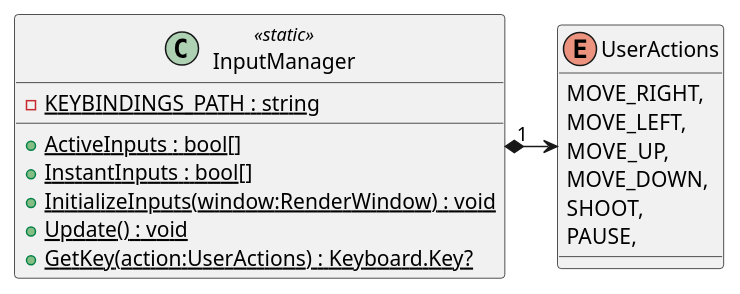
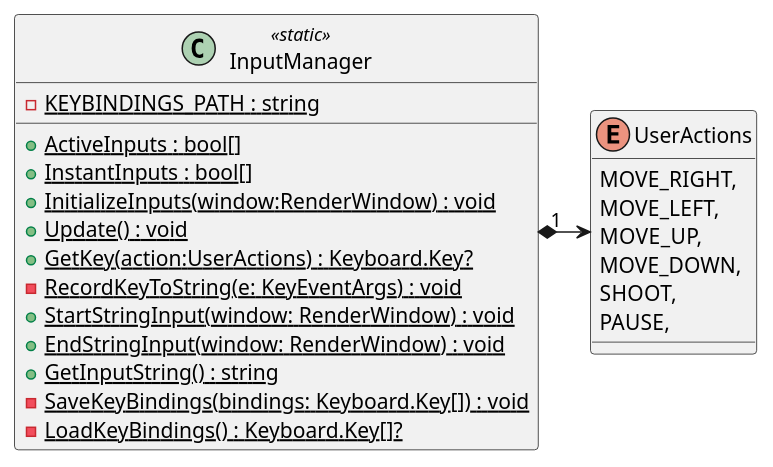
One commit to Ruby1405/PaceInvaders changed the diagram in plantuml/InputManager.puml. Above: the diagram before and after it, drawn with PlantUML. The commit also changed 1 other file, not shown here.

Commit message:
added support for inputing strings from key presses

```diff
--- a/plantuml/InputManager.puml
+++ b/plantuml/InputManager.puml
@@ -1,19 +1,25 @@
 @startuml
 enum UserActions {
     MOVE_RIGHT,
     MOVE_LEFT,
     MOVE_UP,
     MOVE_DOWN,
     SHOOT,
     PAUSE,
 }
 class InputManager <<static>> {
     - {static} KEYBINDINGS_PATH : string
     + {method} {static} ActiveInputs : bool[]
     + {method} {static} InstantInputs : bool[]
     + {static} InitializeInputs(window:RenderWindow) : void
     + {static} Update() : void
     + {static} GetKey(action:UserActions) : Keyboard.Key?
+    - {static} RecordKeyToString(e: KeyEventArgs) : void
+    + {static} StartStringInput(window: RenderWindow) : void
+    + {static} EndStringInput(window: RenderWindow) : void
+    + {static} GetInputString() : string
+    - {static} SaveKeyBindings(bindings: Keyboard.Key[]) : void
+    - {static} LoadKeyBindings() : Keyboard.Key[]?
 }
 InputManager "1" *-> UserActions
 @enduml
```
